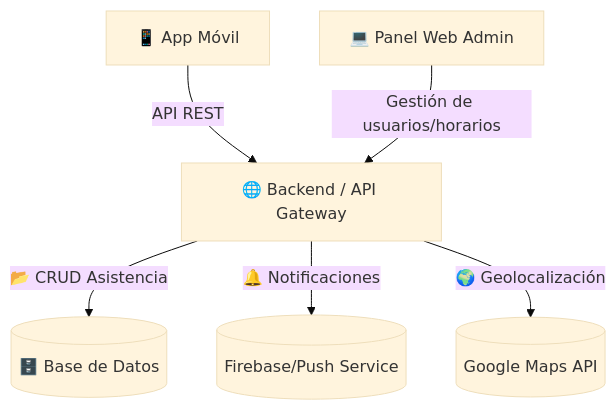
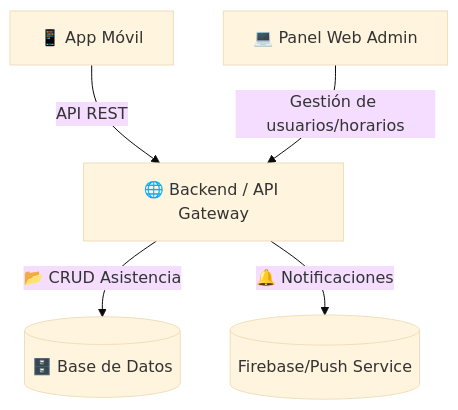
Before and after one commit to ISCOUTB/AS_asistencia_movil: the second of 6 diagrams in docs/arc42/arc42.md, drawn with Mermaid (base theme). The commit also changed other lines of this file, not shown here.

````diff
--- a/docs/arc42/arc42.md
+++ b/docs/arc42/arc42.md
@@ -224,8 +224,7 @@
 ```mermaid
 flowchart TD
   M[📱 App Móvil] -->|API REST| N[🌐 Backend / API Gateway]
   W[💻 Panel Web Admin] -->|Gestión de usuarios/horarios| N
   N -->|📂 CRUD Asistencia| O[(🗄️ Base de Datos)]
   N -->|🔔 Notificaciones| P[(Firebase/Push Service)]
-  N -->|🌍 Geolocalización| Q[(Google Maps API)]
 ```
````
